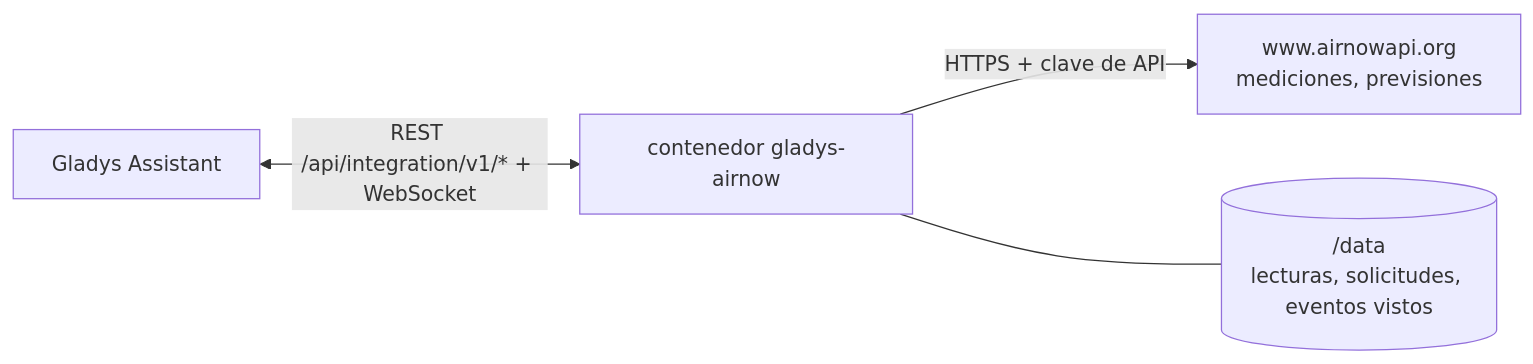
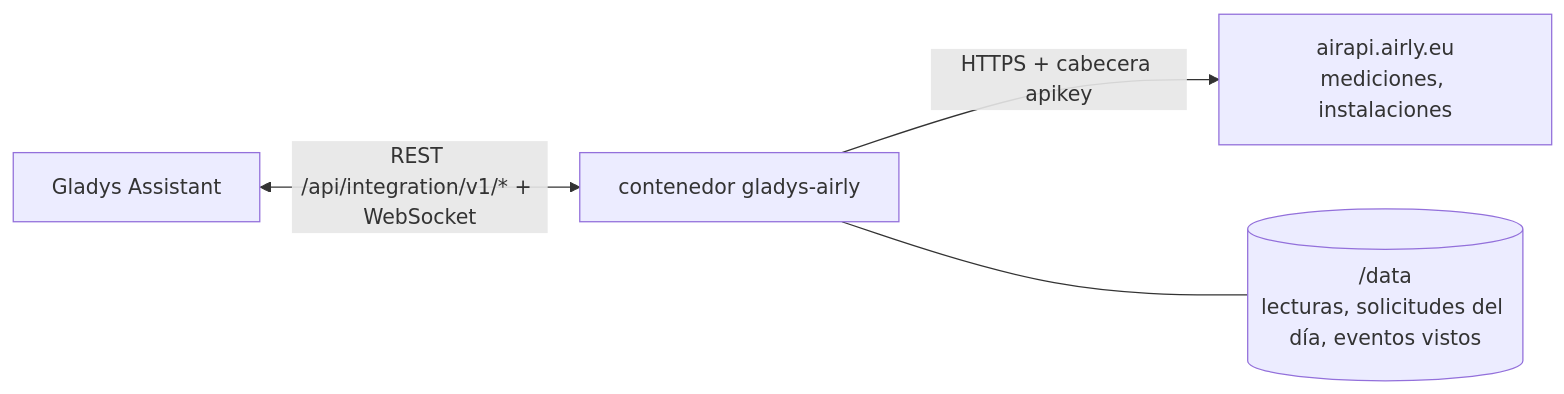
One commit to William-De71/gladys-airly changed the first of 2 diagrams in README.es.md. Above: the diagram before and after it, drawn with Mermaid. The commit also changed other lines of this file and 22 other files, not shown here.

First line of the commit message:
docs: document the Airly integration in four languages, with generated widget images

````diff
--- a/README.es.md
+++ b/README.es.md
@@ -27,6 +27,6 @@
 ```mermaid
 flowchart LR
-  G[Gladys Assistant] <-->|REST /api/integration/v1/* + WebSocket| I[contenedor gladys-airnow]
-  I -->|HTTPS + clave de API| A[www.airnowapi.org<br/>mediciones, previsiones]
-  I --- D[(/data<br/>lecturas, solicitudes, eventos vistos)]
+  G[Gladys Assistant] <-->|REST /api/integration/v1/* + WebSocket| I[contenedor gladys-airly]
+  I -->|HTTPS + cabecera apikey| A[airapi.airly.eu<br/>mediciones, instalaciones]
+  I --- D[(/data<br/>lecturas, solicitudes del día, eventos vistos)]
 ```
````
